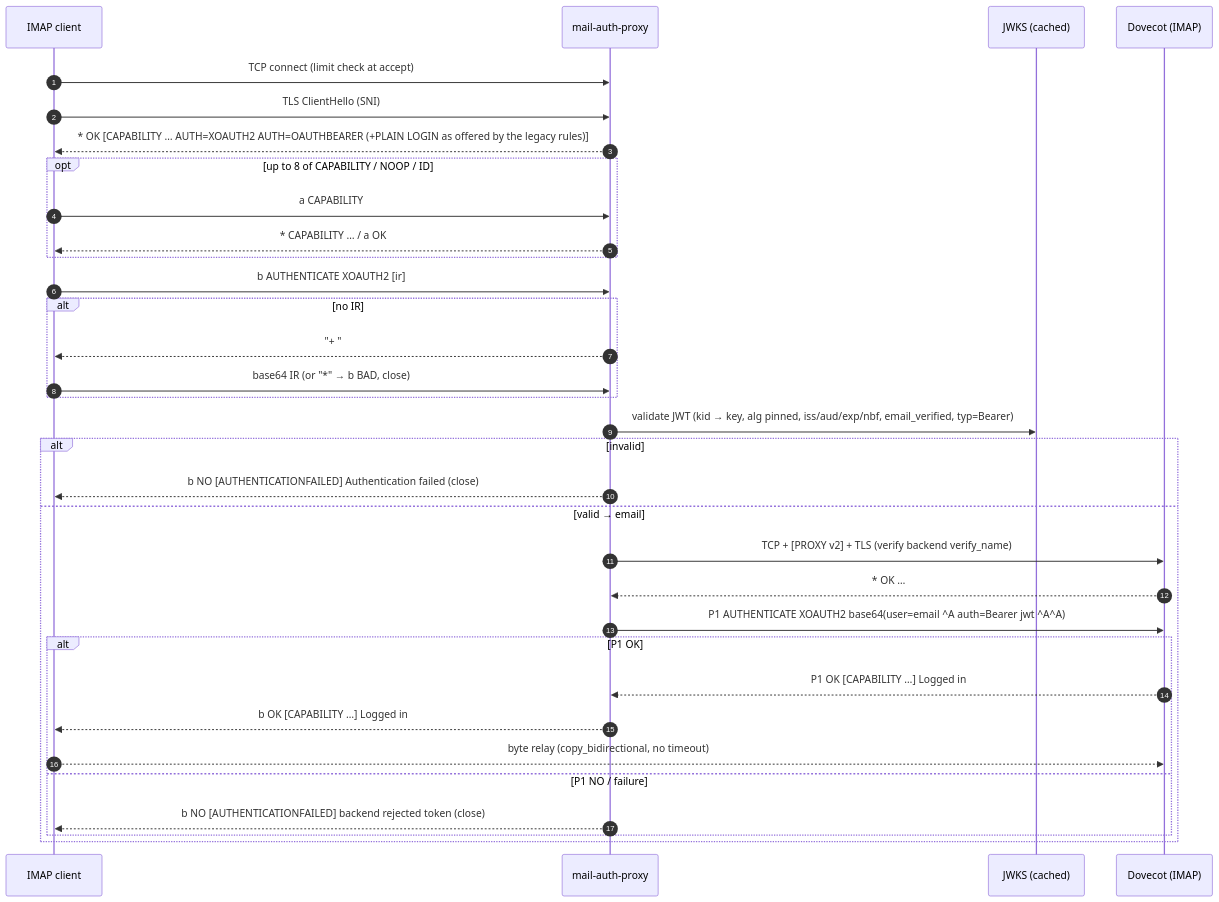
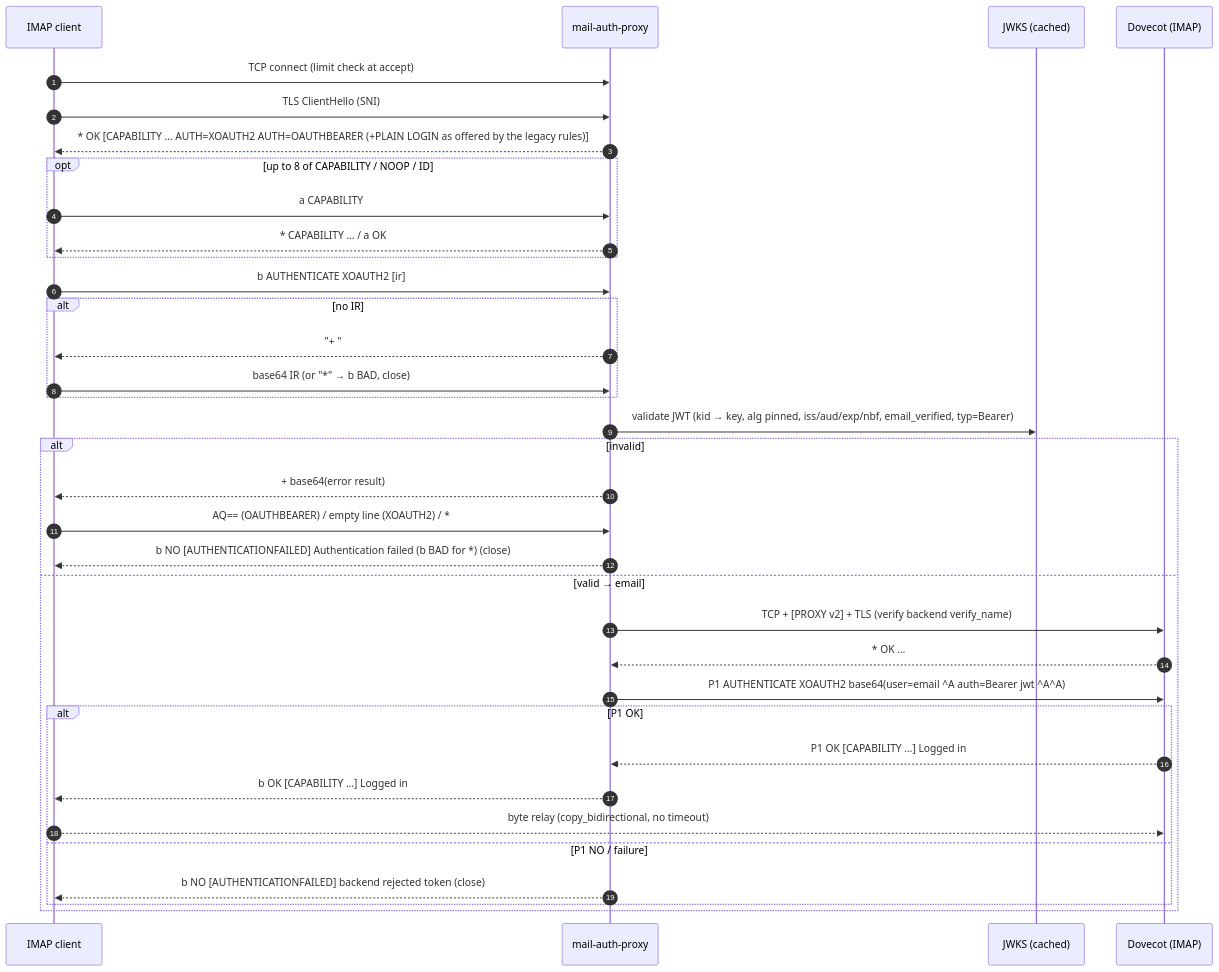
Before and after one commit to NK-IT-CLOUD/mail-auth-proxy: the first of 3 diagrams in docs/protocols.md, drawn with Mermaid. The commit also changed other lines of this file and 17 other files, not shown here.

First line of the commit message:
feat(auth): answer a rejected token with the RFC 7628 error result

````diff
--- a/docs/protocols.md
+++ b/docs/protocols.md
@@ -77,35 +77,37 @@
 ```mermaid
 sequenceDiagram
     autonumber
     participant C as IMAP client
     participant P as mail-auth-proxy
     participant I as JWKS (cached)
     participant B as Dovecot (IMAP)
     C->>P: TCP connect (limit check at accept)
     C->>P: TLS ClientHello (SNI)
     P-->>C: * OK [CAPABILITY … AUTH=XOAUTH2 AUTH=OAUTHBEARER (+PLAIN LOGIN as offered by the legacy rules)]
     opt up to 8 of CAPABILITY / NOOP / ID
         C->>P: a CAPABILITY
         P-->>C: * CAPABILITY … / a OK
     end
     C->>P: b AUTHENTICATE XOAUTH2 [ir]
     alt no IR
         P-->>C: "+ "
         C->>P: base64 IR (or "*" → b BAD, close)
     end
     P->>I: validate JWT (kid → key, alg pinned, iss/aud/exp/nbf, email_verified, typ=Bearer)
     alt invalid
-        P-->>C: b NO [AUTHENTICATIONFAILED] Authentication failed (close)
+        P-->>C: + base64(error result)
+        C->>P: AQ== (OAUTHBEARER) / empty line (XOAUTH2) / *
+        P-->>C: b NO [AUTHENTICATIONFAILED] Authentication failed (b BAD for *) (close)
     else valid → email
         P->>B: TCP + [PROXY v2] + TLS (verify backend verify_name)
         B-->>P: * OK …
         P->>B: P1 AUTHENTICATE XOAUTH2 base64(user=email ^A auth=Bearer jwt ^A^A)
         alt P1 OK
             B-->>P: P1 OK [CAPABILITY …] Logged in
             P-->>C: b OK [CAPABILITY …] Logged in
             C-->>B: byte relay (copy_bidirectional, no timeout)
         else P1 NO / failure
             P-->>C: b NO [AUTHENTICATIONFAILED] backend rejected token (close)
         end
     end
 ```
````
